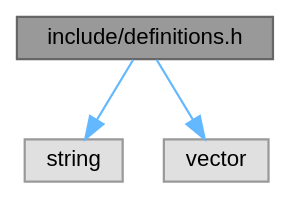
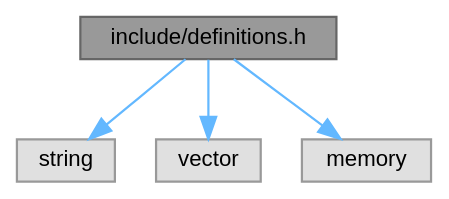
Before and after one commit to velocitatem/Symphony: the diagram in definitions_8h__incl.dot, drawn with Graphviz. The commit also changed 67 other files, not shown here.

```diff
--- a/definitions_8h__incl.dot
+++ b/definitions_8h__incl.dot
@@ -1,13 +1,15 @@
 digraph "include/definitions.h"
 {
  // INTERACTIVE_SVG=YES
  // LATEX_PDF_SIZE
   bgcolor="transparent";
   edge [fontname=Helvetica,fontsize=10,labelfontname=Helvetica,labelfontsize=10];
   node [fontname=Helvetica,fontsize=10,shape=box,height=0.2,width=0.4];
   Node1 [id="Node000001",label="include/definitions.h",height=0.2,width=0.4,color="gray40", fillcolor="grey60", style="filled", fontcolor="black",tooltip="Abstract classes for states, actions, and problems that need to be implemented by the user."];
   Node1 -> Node2 [id="edge1_Node000001_Node000002",color="steelblue1",style="solid",tooltip=" "];
   Node2 [id="Node000002",label="string",height=0.2,width=0.4,color="grey60", fillcolor="#E0E0E0", style="filled",tooltip=" "];
   Node1 -> Node3 [id="edge2_Node000001_Node000003",color="steelblue1",style="solid",tooltip=" "];
   Node3 [id="Node000003",label="vector",height=0.2,width=0.4,color="grey60", fillcolor="#E0E0E0", style="filled",tooltip=" "];
+  Node1 -> Node4 [id="edge3_Node000001_Node000004",color="steelblue1",style="solid",tooltip=" "];
+  Node4 [id="Node000004",label="memory",height=0.2,width=0.4,color="grey60", fillcolor="#E0E0E0", style="filled",tooltip=" "];
 }
```
